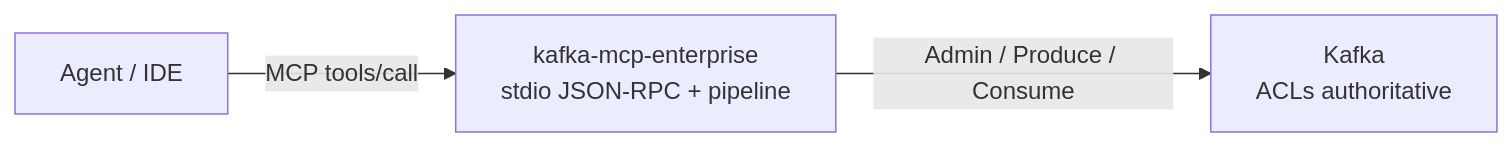
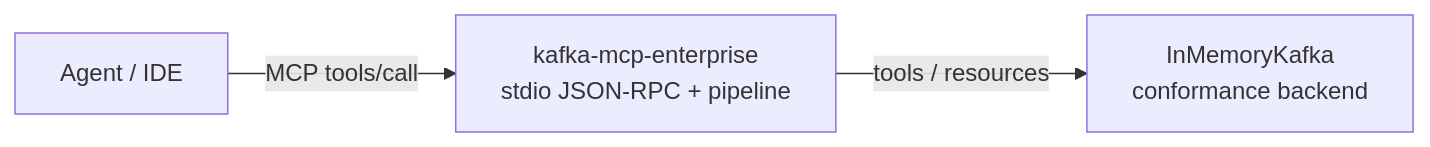
One commit to vaquarkhan/kafka-mcp-enterprise-server changed the first of 3 diagrams in README.md. Above: the diagram before and after it, drawn with Mermaid. The commit also changed other lines of this file and 44 other files, not shown here.

````diff
--- a/README.md
+++ b/README.md
@@ -72,8 +87,8 @@
 ```mermaid
 flowchart LR
   Agent["Agent / IDE"]
   MCP["kafka-mcp-enterprise<br/>stdio JSON-RPC + pipeline"]
-  Kafka["Kafka<br/>ACLs authoritative"]
+  Mem["InMemoryKafka<br/>conformance backend"]
   Agent -->|"MCP tools/call"| MCP
-  MCP -->|"Admin / Produce / Consume"| Kafka
+  MCP -->|"tools / resources"| Mem
 ```
````
